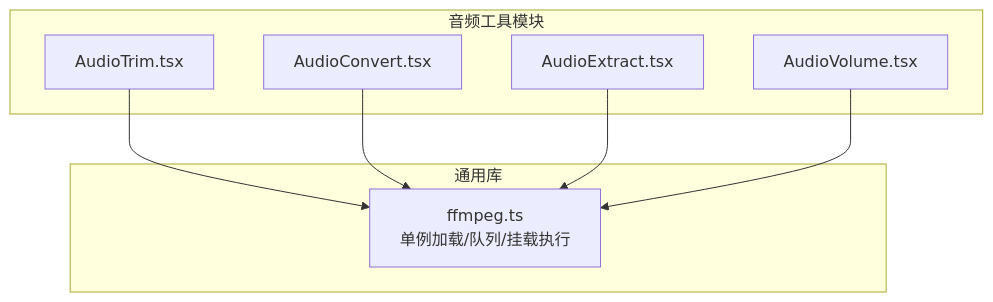
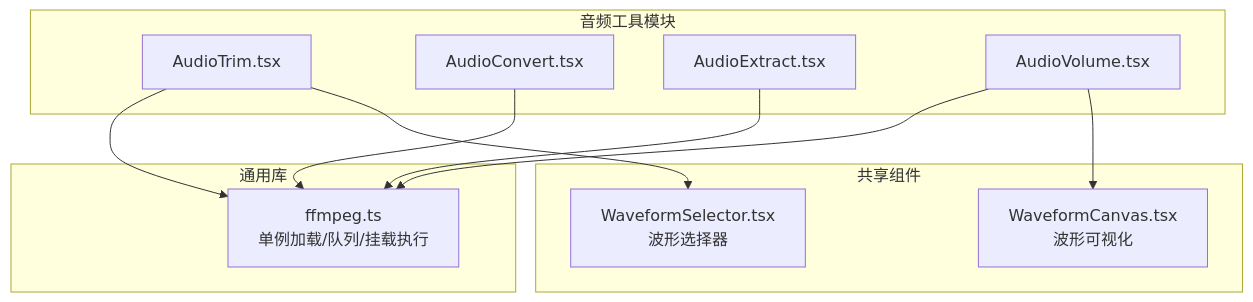
One commit to sgyy/privadeck changed the first of 7 diagrams in .qoder/repowiki/zh/content/音频工具/音频工具.md. Above: the diagram before and after it, drawn with Mermaid. The commit also changed other lines of this file and 4 other files, not shown here.

````diff
--- a/.qoder/repowiki/zh/content/音频工具/音频工具.md
+++ b/.qoder/repowiki/zh/content/音频工具/音频工具.md
@@ -43,16 +48,22 @@
 ```mermaid
 graph TB
 subgraph "音频工具模块"
 T["AudioTrim.tsx"]
 C["AudioConvert.tsx"]
 E["AudioExtract.tsx"]
 V["AudioVolume.tsx"]
 end
 subgraph "通用库"
 L["ffmpeg.ts<br/>单例加载/队列/挂载执行"]
 end
+subgraph "共享组件"
+WC["WaveformCanvas.tsx<br/>波形可视化"]
+WS["WaveformSelector.tsx<br/>波形选择器"]
+end
 T --> L
 C --> L
 E --> L
 V --> L
+V --> WC
+T --> WS
 ```
````
